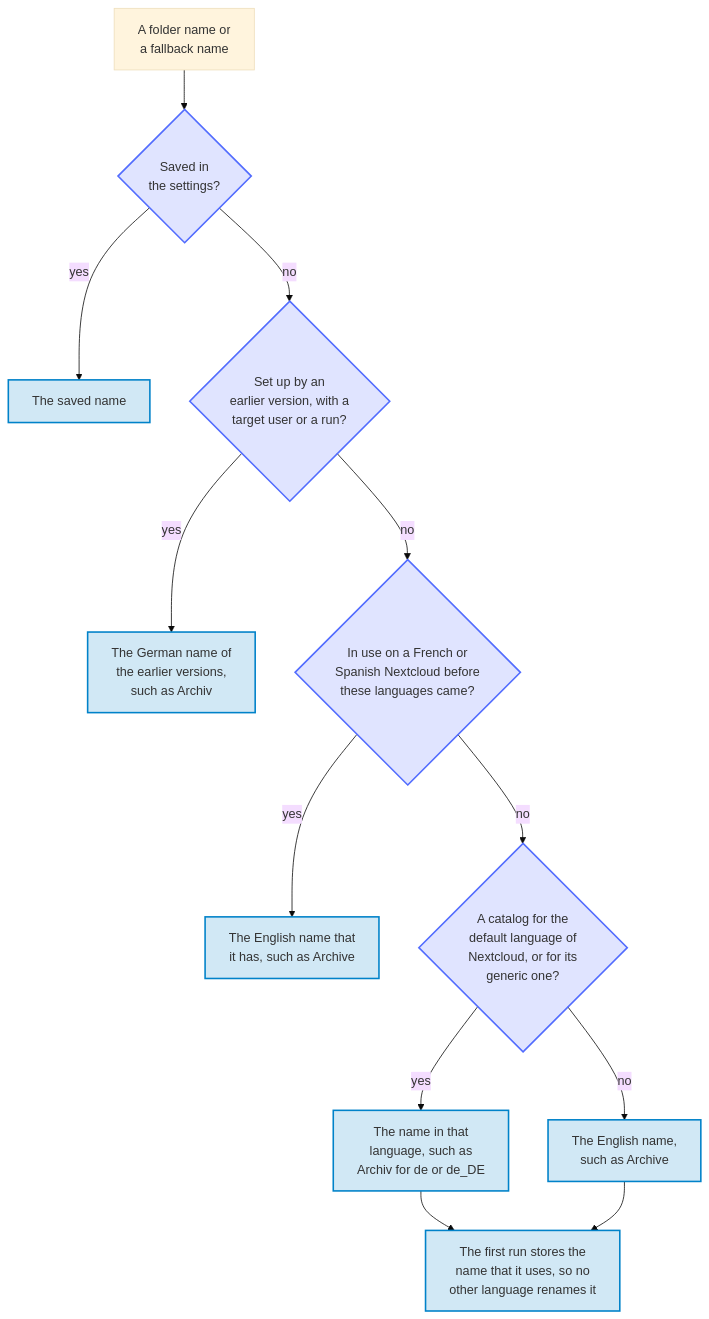
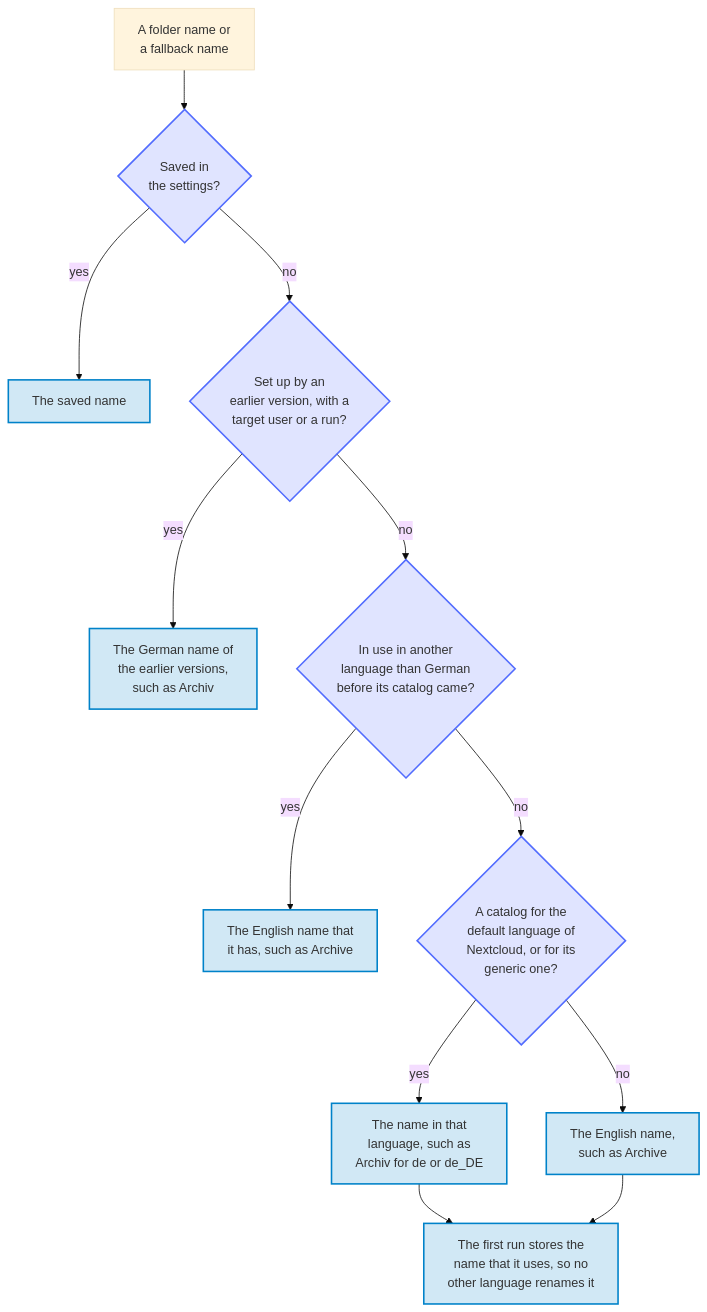
One commit to Dennis-Otto/paperless-sync changed the diagram in docs/diagrams/which-folder-names-an-installation-uses.mmd. Above: the diagram before and after it, drawn with Mermaid (base theme). The commit also changed 16 other files, not shown here.

```diff
--- a/docs/diagrams/which-folder-names-an-installation-uses.mmd
+++ b/docs/diagrams/which-folder-names-an-installation-uses.mmd
@@ -1,20 +1,20 @@
 flowchart TB
     accTitle: Which folder names an installation uses
-    accDescr: For each folder name and fallback name, an installation uses the name that its settings saved, whatever the language. An installation that an earlier version set up, with a target user or with copies and imports of its runs, keeps the German name of those versions, such as Archiv, for a name that it never saved. An installation in use on a French or Spanish Nextcloud keeps the English name that it has from the versions before these languages. A new installation proposes the name in the default language of Nextcloud when the app has a catalog for that language or for its generic one, such as German for de_DE, and in English otherwise, such as Archive. Saving the settings keeps the names that the page shows, and the first run stores a name that it uses, so that no other language renames the folder afterwards. The questions are indigo and the names in Nextcloud blue.
+    accDescr: For each folder name and fallback name, an installation uses the name that its settings saved, whatever the language. An installation that an earlier version set up, with a target user or with copies and imports of its runs, keeps the German name of those versions, such as Archiv, for a name that it never saved. An installation in use on a Nextcloud in another language than German, such as French, Spanish or Chinese, keeps the English name that it has from the versions before that language. A new installation proposes the name in the default language of Nextcloud when the app has a catalog for that language or for its generic one, such as German for de_DE, and in English otherwise, such as Archive. Saving the settings keeps the names that the page shows, and the first run stores a name that it uses, so that no other language renames the folder afterwards. The questions are indigo and the names in Nextcloud blue.
 
     name["A folder name or<br>a fallback name"] --> saved{"Saved in<br>the settings?"}
     saved -->|yes| keep["The saved name"]
     saved -->|no| earlier{"Set up by an<br>earlier version, with a<br>target user or a run?"}
     earlier -->|yes| german["The German name of<br>the earlier versions,<br>such as Archiv"]
-    earlier -->|no| inuse{"In use on a French or<br>Spanish Nextcloud before<br>these languages came?"}
+    earlier -->|no| inuse{"In use in another<br>language than German<br>before its catalog came?"}
     inuse -->|yes| kept["The English name that<br>it has, such as Archive"]
     inuse -->|no| language{"A catalog for the<br>default language of<br>Nextcloud, or for its<br>generic one?"}
     language -->|yes| localized["The name in that<br>language, such as<br>Archiv for de or de_DE"]
     language -->|no| english["The English name,<br>such as Archive"]
     localized --> stored["The first run stores the<br>name that it uses, so no<br>other language renames it"]
     english --> stored
 
     classDef check fill:#526cfe2e,stroke:#526cfe,stroke-width:2px
     classDef nextcloud fill:#0082c92e,stroke:#0082c9,stroke-width:2px
     class saved,earlier,inuse,language check
     class keep,german,kept,localized,english,stored nextcloud
```
